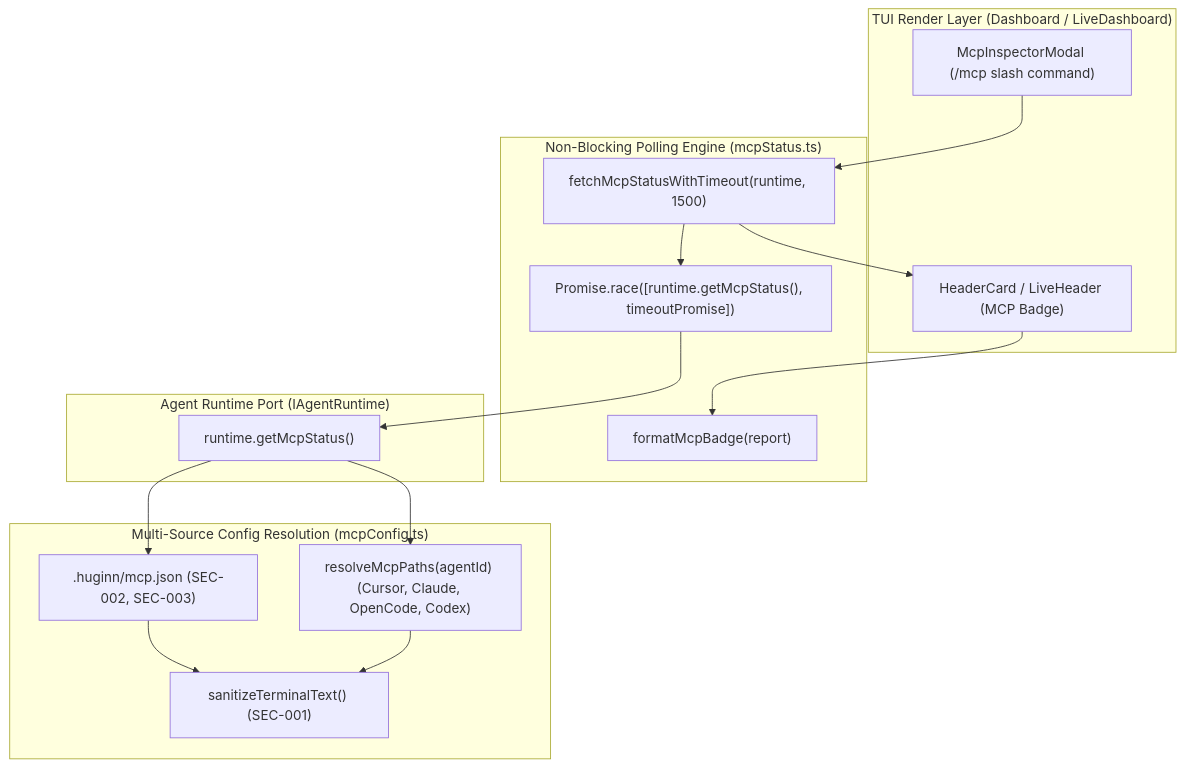
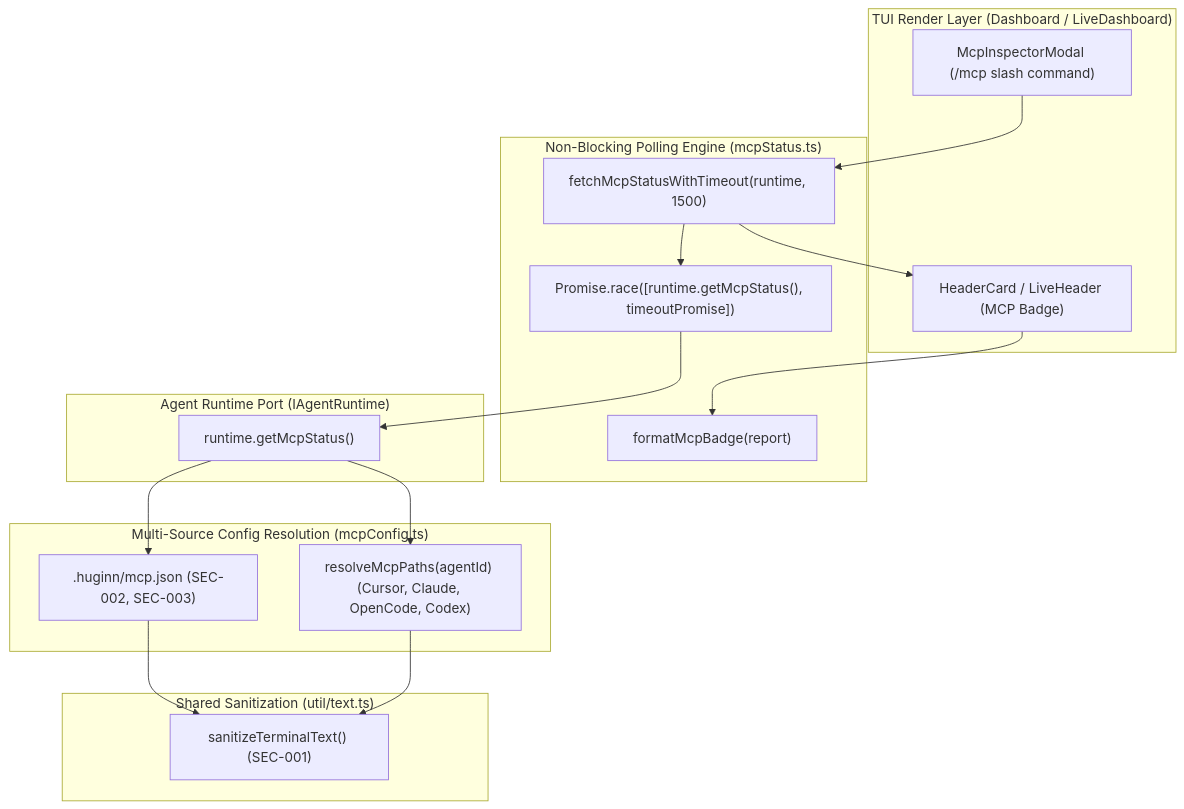
One commit to dahch/huginn changed diagram 26 of 27 in DESIGN.md. Above: the diagram before and after it, drawn with Mermaid. The commit also changed other lines of this file and 5 other files, not shown here.

````diff
--- a/DESIGN.md
+++ b/DESIGN.md
@@ -2112,33 +2121,36 @@
 ```mermaid
 flowchart TD
     subgraph "TUI Render Layer (Dashboard / LiveDashboard)"
         Header["HeaderCard / LiveHeader (MCP Badge)"]
         Inspector["McpInspectorModal (/mcp slash command)"]
     end
 
     subgraph "Non-Blocking Polling Engine (mcpStatus.ts)"
         Poller["fetchMcpStatusWithTimeout(runtime, 1500)"]
         Race["Promise.race([runtime.getMcpStatus(), timeoutPromise])"]
         Formatter["formatMcpBadge(report)"]
     end
 
     subgraph "Agent Runtime Port (IAgentRuntime)"
         Runtime["runtime.getMcpStatus()"]
     end
 
     subgraph "Multi-Source Config Resolution (mcpConfig.ts)"
         ProjectConfig[".huginn/mcp.json (SEC-002, SEC-003)"]
         AgentConfigs["resolveMcpPaths(agentId) (Cursor, Claude, OpenCode, Codex)"]
+    end
+
+    subgraph "Shared Sanitization (util/text.ts)"
         Sanitizer["sanitizeTerminalText() (SEC-001)"]
     end
 
     Header --> Formatter
     Poller --> Race
     Race --> Runtime
     Runtime --> ProjectConfig
     Runtime --> AgentConfigs
     ProjectConfig --> Sanitizer
     AgentConfigs --> Sanitizer
     Poller --> Header
     Inspector --> Poller
 ```
````
